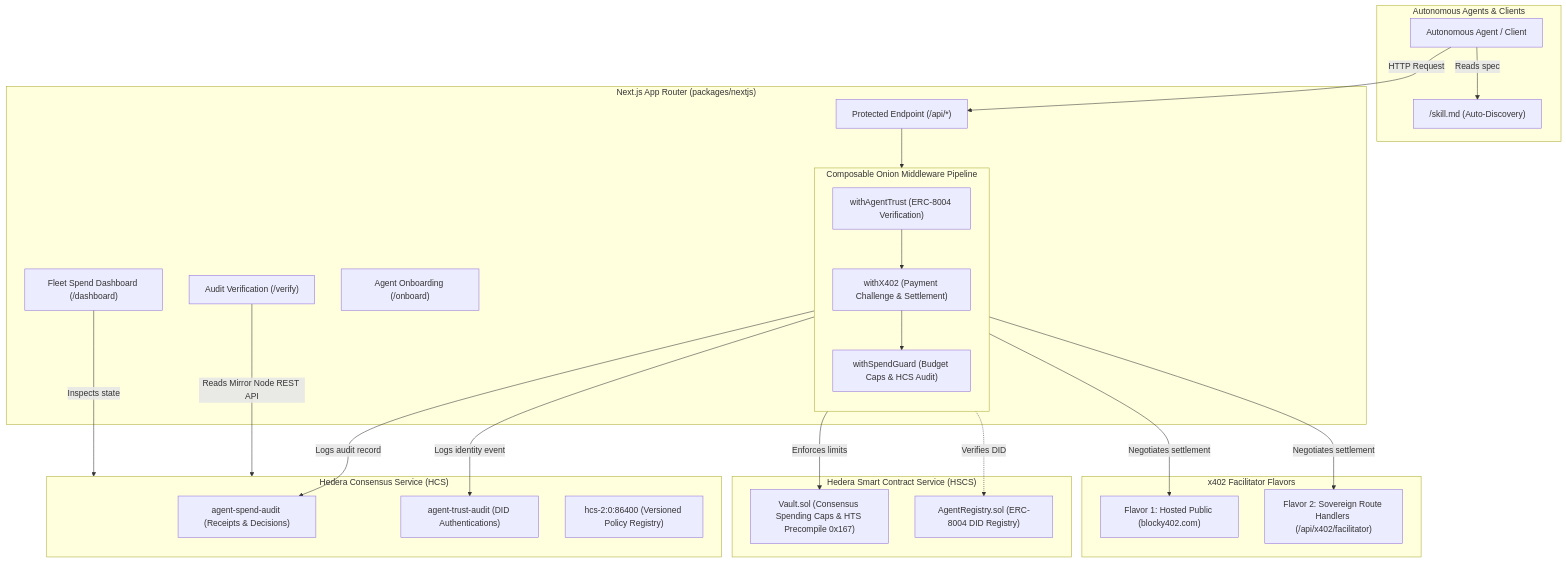
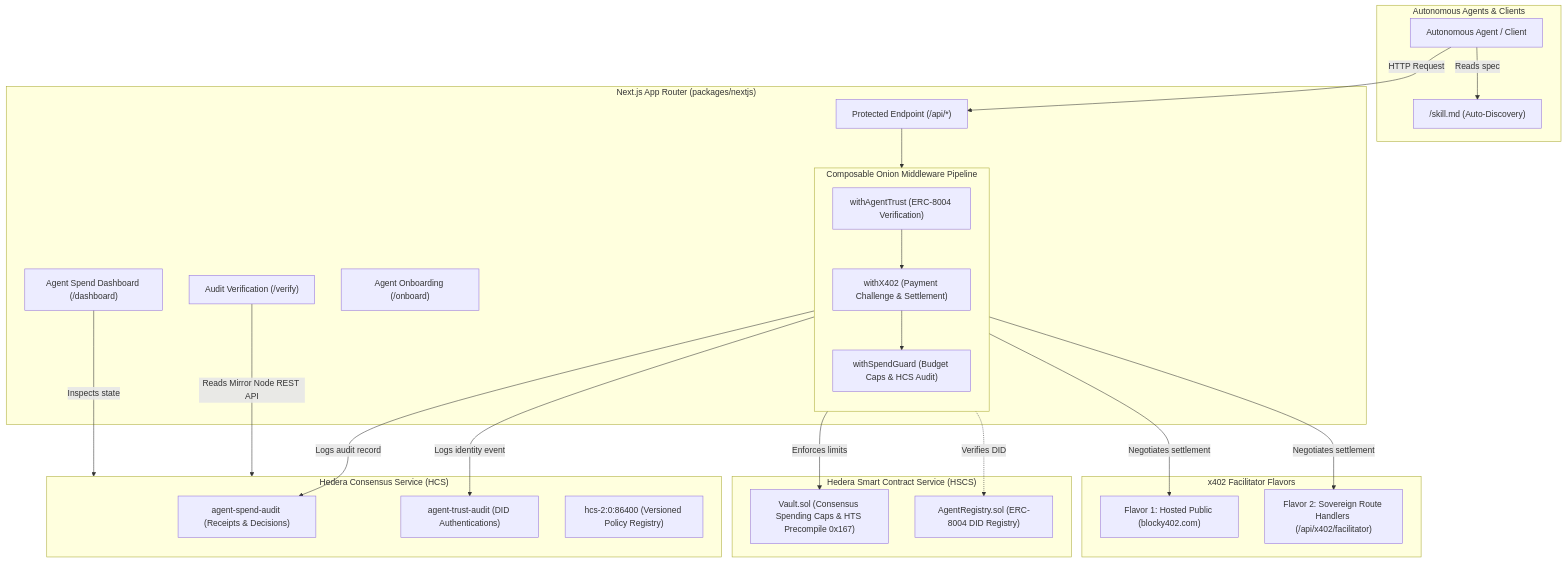
Before and after one commit to CijeTheCreator/machine-payments: the diagram in docs/architecture.md, drawn with Mermaid. The commit also changed other lines of this file and 2 other files, not shown here.

Commit message:
docs: align quickstart, readme, and architecture with concise product guidelines

````diff
--- a/docs/architecture.md
+++ b/docs/architecture.md
@@ -21,50 +9,50 @@
 ```mermaid
 flowchart TD
     subgraph Client["Autonomous Agents & Clients"]
         Agent[Autonomous Agent / Client]
         SkillDoc["/skill.md (Auto-Discovery)"]
         Agent -->|Reads spec| SkillDoc
     end
 
     subgraph App["Next.js App Router (packages/nextjs)"]
         Endpoint["Protected Endpoint (/api/*)"]
-        Dashboard["Fleet Spend Dashboard (/dashboard)"]
+        Dashboard["Agent Spend Dashboard (/dashboard)"]
         OnboardPortal["Agent Onboarding (/onboard)"]
         VerifyPortal["Audit Verification (/verify)"]
 
         subgraph MiddlewarePipeline["Composable Onion Middleware Pipeline"]
             direction TB
             MWTrust["withAgentTrust (ERC-8004 Verification)"]
             MWX402["withX402 (Payment Challenge & Settlement)"]
             MWGuard["withSpendGuard (Budget Caps & HCS Audit)"]
             MWTrust --> MWX402 --> MWGuard
         end
     end
 
     subgraph Facilitators["x402 Facilitator Flavors"]
         PublicFacilitator["Flavor 1: Hosted Public (blocky402.com)"]
         SelfHostedFacilitator["Flavor 2: Sovereign Route Handlers (/api/x402/facilitator)"]
     end
 
     subgraph Contracts["Hedera Smart Contract Service (HSCS)"]
         Vault["Vault.sol (Consensus Spending Caps & HTS Precompile 0x167)"]
         AgentRegistry["AgentRegistry.sol (ERC-8004 DID Registry)"]
     end
 
     subgraph Consensus["Hedera Consensus Service (HCS)"]
         AuditTopic["agent-spend-audit (Receipts & Decisions)"]
         TrustTopic["agent-trust-audit (DID Authentications)"]
         PolicyTopic["hcs-2:0:86400 (Versioned Policy Registry)"]
     end
 
     Agent -->|HTTP Request| Endpoint
     Endpoint --> MiddlewarePipeline
     MWTrust -.->|Verifies DID| AgentRegistry
     MWX402 -->|Negotiates settlement| PublicFacilitator
     MWX402 -->|Negotiates settlement| SelfHostedFacilitator
     MWGuard -->|Enforces limits| Vault
     MWGuard -->|Logs audit record| AuditTopic
     MWTrust -->|Logs identity event| TrustTopic
     Dashboard -->|Inspects state| Consensus
     VerifyPortal -->|Reads Mirror Node REST API| Consensus
 ```
````
